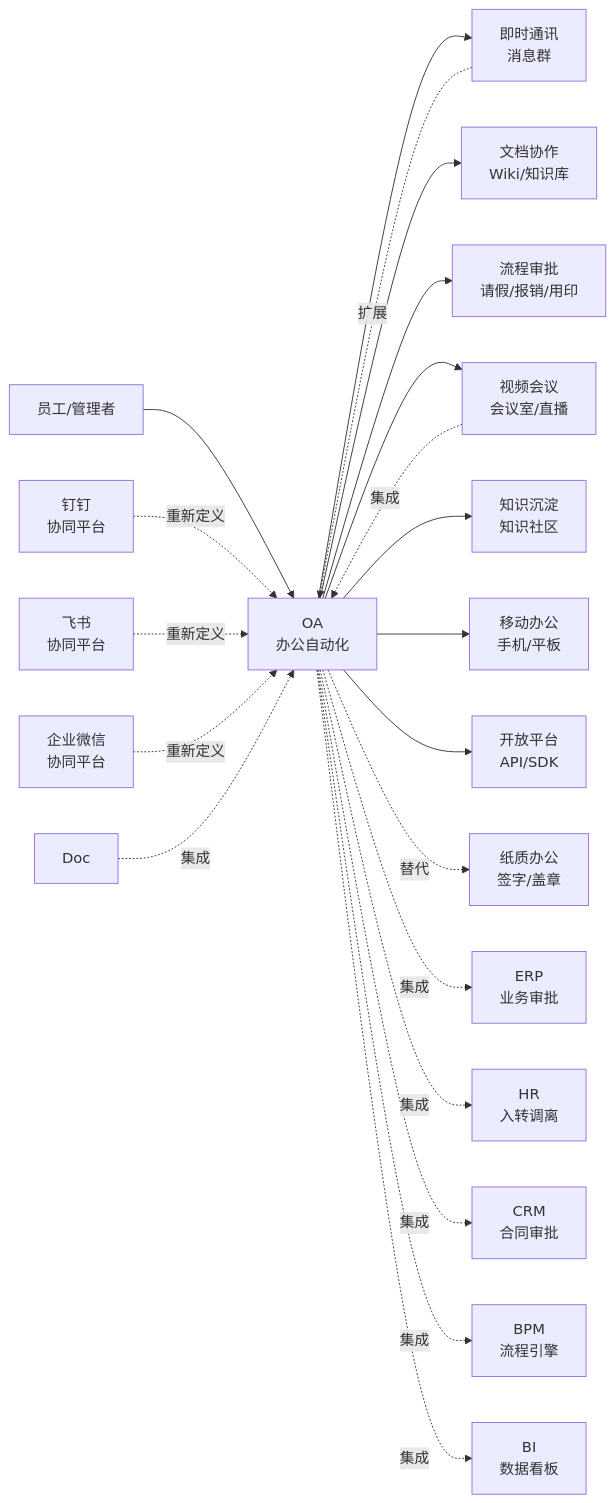
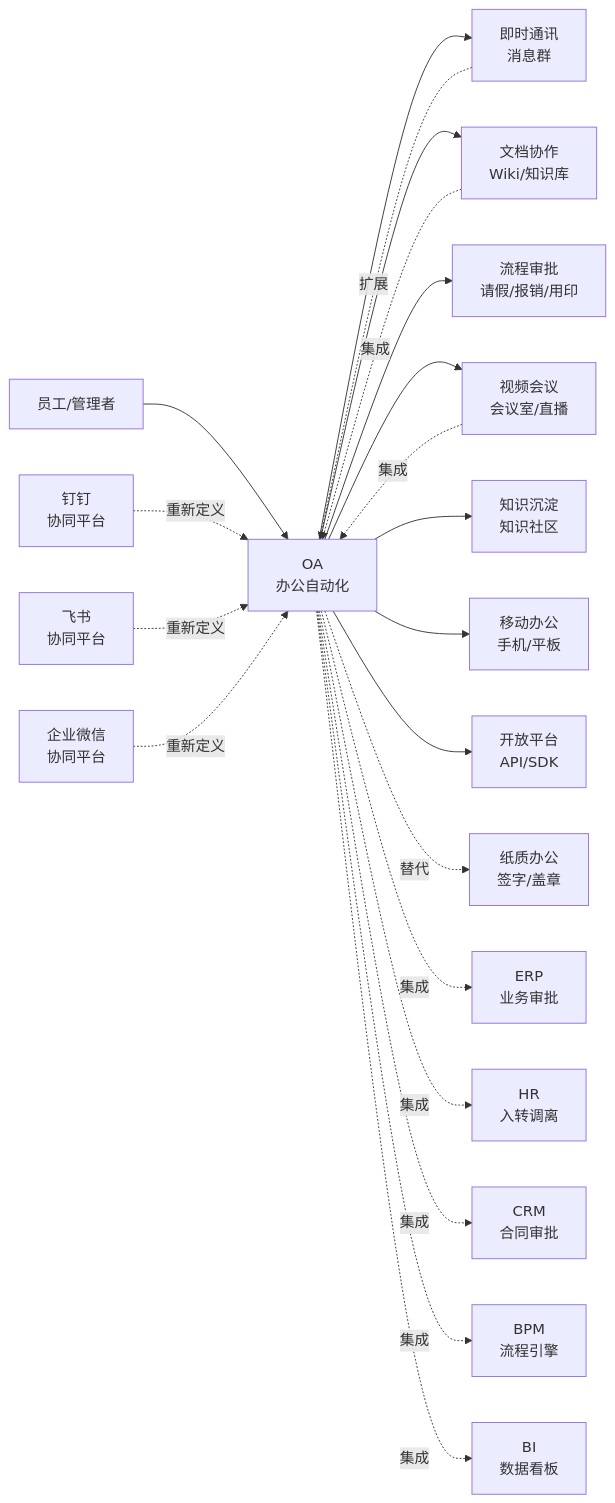
Before and after one commit to wb04307201/note: the first of 2 diagrams in 10.business-systems/05-operations/oa/README.md, drawn with Mermaid. The commit also changed 31 other files, not shown here.

````diff
--- a/10.business-systems/05-operations/oa/README.md
+++ b/10.business-systems/05-operations/oa/README.md
@@ -21,26 +21,26 @@
 ```mermaid
 flowchart LR
     User[员工/管理者] --> OA[OA<br/>办公自动化]
     OA --> IM[即时通讯<br/>消息群]
     OA --> DOC[文档协作<br/>Wiki/知识库]
     OA --> WF[流程审批<br/>请假/报销/用印]
     OA --> VC[视频会议<br/>会议室/直播]
     OA --> KB[知识沉淀<br/>知识社区]
     OA --> Mobile[移动办公<br/>手机/平板]
     OA --> API[开放平台<br/>API/SDK]
 
     OA -.替代.-> Paper[纸质办公<br/>签字/盖章]
     OA -.集成.-> ERP[ERP<br/>业务审批]
     OA -.集成.-> HR[HR<br/>入转调离]
     OA -.集成.-> CRM[CRM<br/>合同审批]
     OA -.集成.-> BPM[BPM<br/>流程引擎]
     OA -.集成.-> BI[BI<br/>数据看板]
 
     DingTalk[钉钉<br/>协同平台] -.重新定义.-> OA
     Feishu[飞书<br/>协同平台] -.重新定义.-> OA
     WeCom[企业微信<br/>协同平台] -.重新定义.-> OA
 
     IM -.扩展.-> OA
     VC -.集成.-> OA
-    Doc -.集成.-> OA
+    DOC -.集成.-> OA
 ```
````
